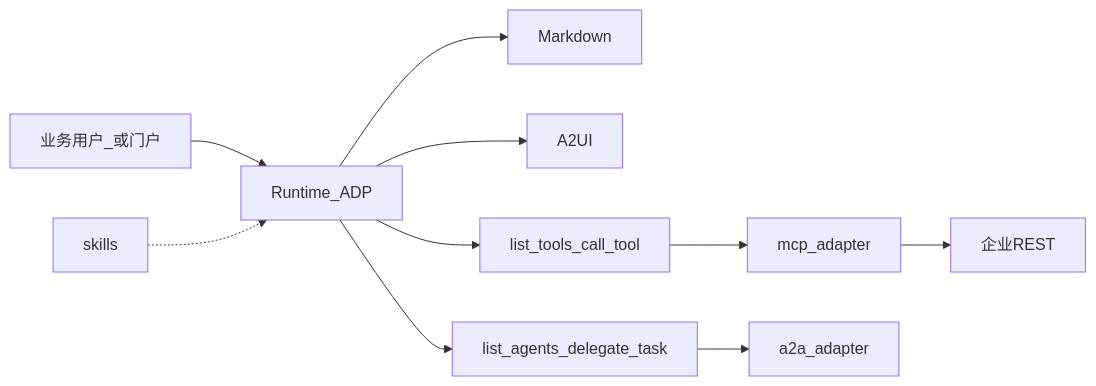
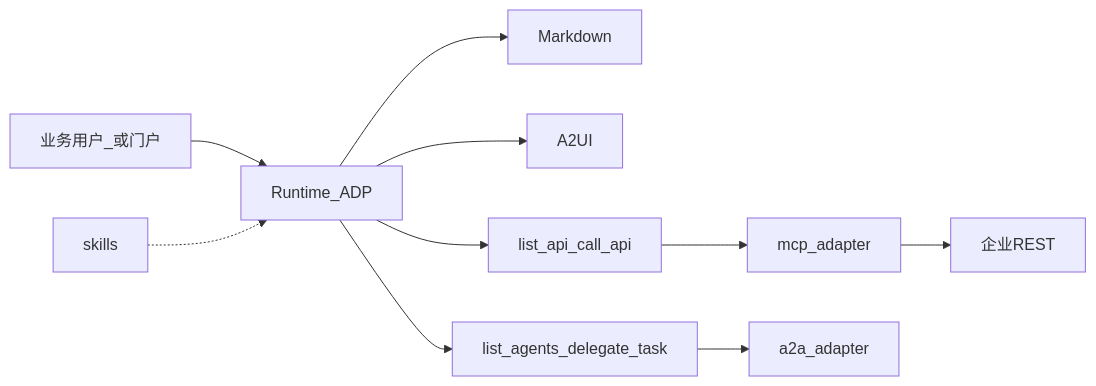
One commit to Zhong-y-j/Hubloom changed the diagram in docs/Hubloom架构边界.md. Above: the diagram before and after it, drawn with Mermaid. The commit also changed other lines of this file and 25 other files, not shown here.

First line of the commit message:
将业务元工具重命名为 list_api / call_api，并移除未使用的 MCPTool。

````diff
--- a/docs/Hubloom架构边界.md
+++ b/docs/Hubloom架构边界.md
@@ -34,12 +34,12 @@
 ```mermaid
 flowchart LR
   User[业务用户_或门户] --> RT[Runtime_ADP]
   RT --> MD[Markdown]
   RT --> A2UI[A2UI]
-  RT --> Meta[list_tools_call_tool]
+  RT --> Meta[list_api_call_api]
   RT --> A2ATools[list_agents_delegate_task]
   Meta --> MCP[mcp_adapter]
   MCP --> API[企业REST]
   A2ATools --> A2A[a2a_adapter]
   Skill[skills] -.-> RT
 ```
````
